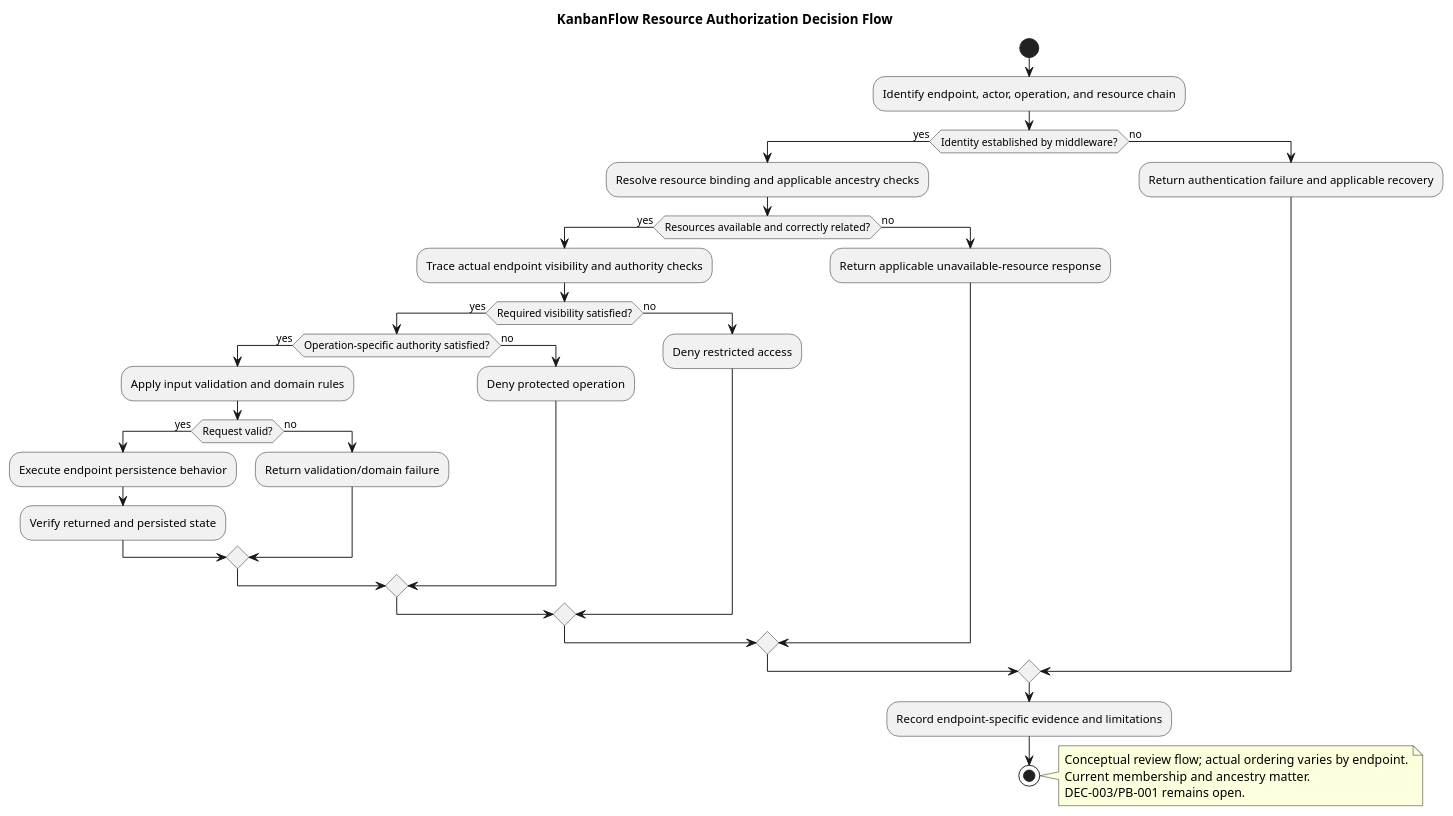
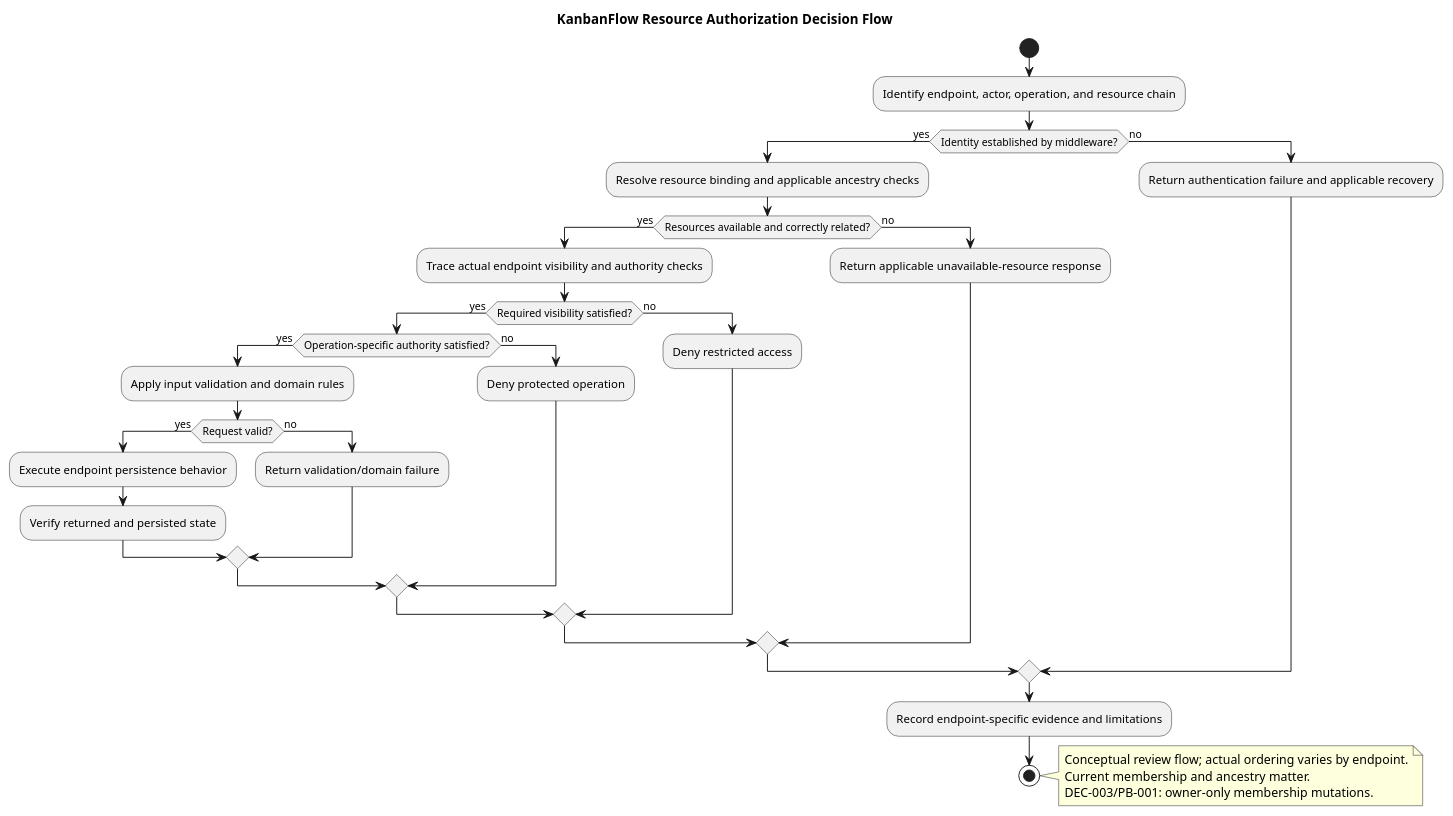
One commit to Farhad-Valizadegan/Web-KanbanFlow changed the diagram in docs/SDLC/04-design/authorization-decision-flow.md. Above: the diagram before and after it, drawn with PlantUML. The commit also changed other lines of this file and 127 other files, not shown here.

````diff
--- a/docs/SDLC/04-design/authorization-decision-flow.md
+++ b/docs/SDLC/04-design/authorization-decision-flow.md
@@ -101,39 +101,39 @@
 ```plantuml
 @startuml
 title KanbanFlow Resource Authorization Decision Flow
 start
 :Identify endpoint, actor, operation, and resource chain;
 if (Identity established by middleware?) then (yes)
  :Resolve resource binding and applicable ancestry checks;
  if (Resources available and correctly related?) then (yes)
   :Trace actual endpoint visibility and authority checks;
   if (Required visibility satisfied?) then (yes)
    if (Operation-specific authority satisfied?) then (yes)
     :Apply input validation and domain rules;
     if (Request valid?) then (yes)
      :Execute endpoint persistence behavior;
      :Verify returned and persisted state;
     else (no)
      :Return validation/domain failure;
     endif
    else (no)
     :Deny protected operation;
    endif
   else (no)
    :Deny restricted access;
   endif
  else (no)
   :Return applicable unavailable-resource response;
  endif
 else (no)
  :Return authentication failure and applicable recovery;
 endif
 :Record endpoint-specific evidence and limitations;
 stop
 note right
 Conceptual review flow; actual ordering varies by endpoint.
 Current membership and ancestry matter.
-DEC-003/PB-001 remains open.
+DEC-003/PB-001: owner-only membership mutations.
 end note
 @enduml
 ```
````
